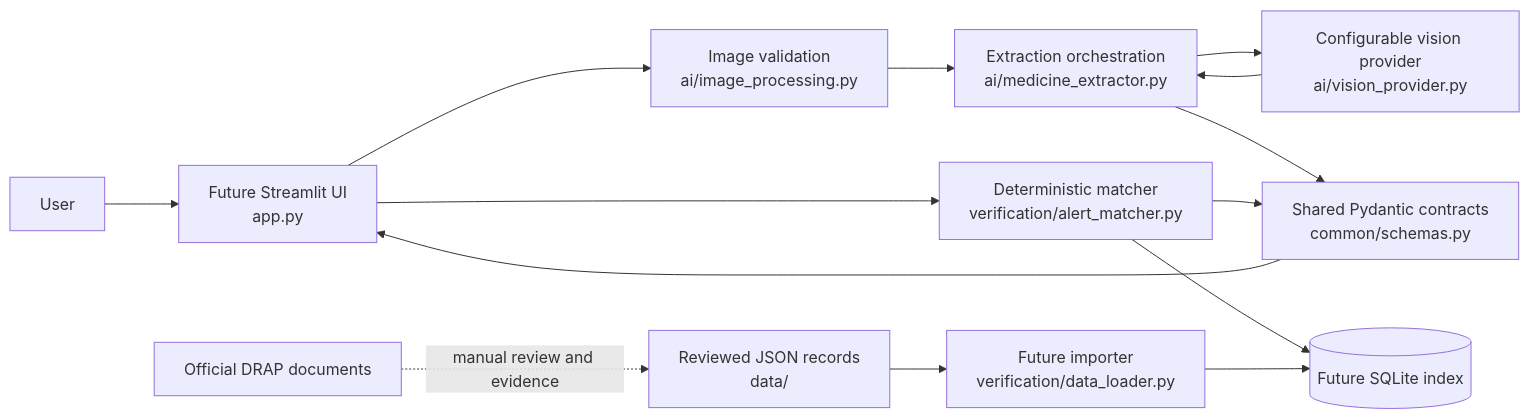
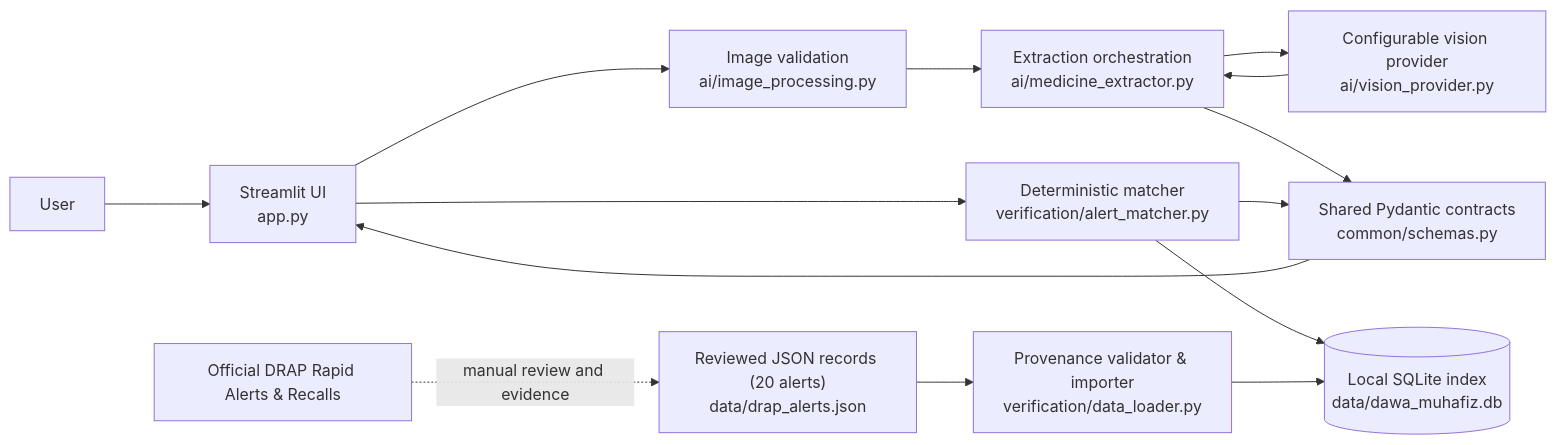
Before and after one commit to itsmeAarishAli06/quantumforge-hackathon: the diagram in docs/architecture.md, drawn with Mermaid. The commit also changed other lines of this file and 11 other files, not shown here.

````diff
--- a/docs/architecture.md
+++ b/docs/architecture.md
@@ -11,16 +11,16 @@
 ```mermaid
 flowchart LR
-  User --> UI[Future Streamlit UI\napp.py]
-  UI --> Image[Image validation\nai/image_processing.py]
-  Image --> Extract[Extraction orchestration\nai/medicine_extractor.py]
-  Extract --> Provider[Configurable vision provider\nai/vision_provider.py]
+  User --> UI["Streamlit UI\napp.py"]
+  UI --> Image["Image validation\nai/image_processing.py"]
+  Image --> Extract["Extraction orchestration\nai/medicine_extractor.py"]
+  Extract --> Provider["Configurable vision provider\nai/vision_provider.py"]
   Provider --> Extract
-  Extract --> Contracts[Shared Pydantic contracts\ncommon/schemas.py]
-  UI --> Matcher[Deterministic matcher\nverification/alert_matcher.py]
-  Matcher --> DB[(Future SQLite index)]
-  JSON[Reviewed JSON records\ndata/] --> Loader[Future importer\nverification/data_loader.py]
+  Extract --> Contracts["Shared Pydantic contracts\ncommon/schemas.py"]
+  UI --> Matcher["Deterministic matcher\nverification/alert_matcher.py"]
+  Matcher --> DB[("Local SQLite index\ndata/dawa_muhafiz.db")]
+  JSON["Reviewed JSON records (20 alerts)\ndata/drap_alerts.json"] --> Loader["Provenance validator & importer\nverification/data_loader.py"]
   Loader --> DB
   Matcher --> Contracts
   Contracts --> UI
-  DRAP[Official DRAP documents] -. manual review and evidence .-> JSON
+  DRAP["Official DRAP Rapid Alerts & Recalls"] -. manual review and evidence .-> JSON
 ```
````
